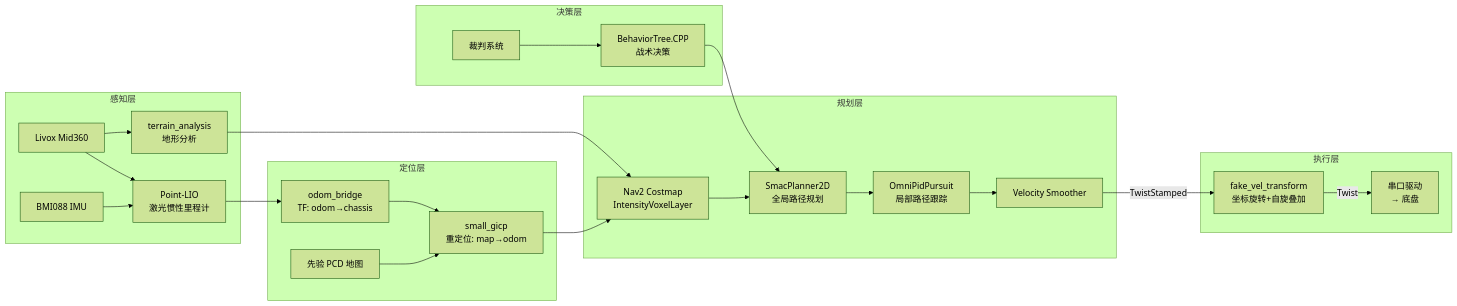
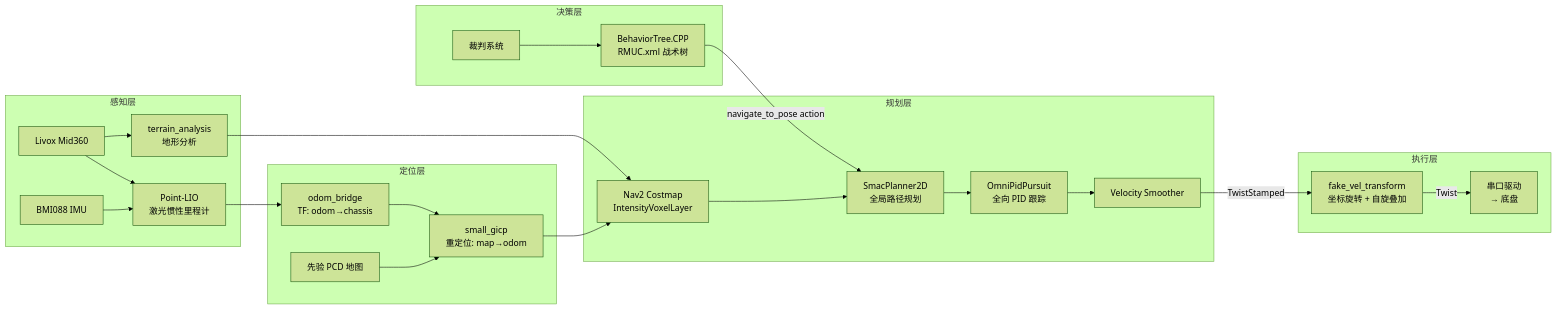
One commit to Boombroke/Sentry26 changed the diagram in README.md. Above: the diagram before and after it, drawn with Mermaid (forest theme). The commit also changed other lines of this file, not shown here.

First line of the commit message:
docs(README): 重写顶层 README 对齐 omni 主线 (P0-a)

````diff
--- a/README.md
+++ b/README.md
@@ -12,32 +16,32 @@
 ```mermaid
 graph LR
     subgraph 感知层
         LiDAR[Livox Mid360] --> PL[Point-LIO<br/>激光惯性里程计]
         IMU[BMI088 IMU] --> PL
         LiDAR --> TA[terrain_analysis<br/>地形分析]
     end
 
     subgraph 定位层
         PL --> OB[odom_bridge<br/>TF: odom→chassis]
         PCD[先验 PCD 地图] --> GICP[small_gicp<br/>重定位: map→odom]
         OB --> GICP
     end
 
     subgraph 规划层
         GICP --> CM[Nav2 Costmap<br/>IntensityVoxelLayer]
         TA --> CM
         CM --> GP[SmacPlanner2D<br/>全局路径规划]
-        GP --> LP[OmniPidPursuit<br/>局部路径跟踪]
+        GP --> LP[OmniPidPursuit<br/>全向 PID 跟踪]
         LP --> VS[Velocity Smoother]
     end
 
     subgraph 决策层
-        REF[裁判系统] --> BT[BehaviorTree.CPP<br/>战术决策]
-        BT --> GP
+        REF[裁判系统] --> BT[BehaviorTree.CPP<br/>RMUC.xml 战术树]
+        BT -->|navigate_to_pose action| GP
     end
 
     subgraph 执行层
-        VS -->|TwistStamped| FVT[fake_vel_transform<br/>坐标旋转+自旋叠加]
+        VS -->|TwistStamped| FVT[fake_vel_transform<br/>坐标旋转 + 自旋叠加]
         FVT -->|Twist| SER[串口驱动<br/>→ 底盘]
     end
 ```
````
